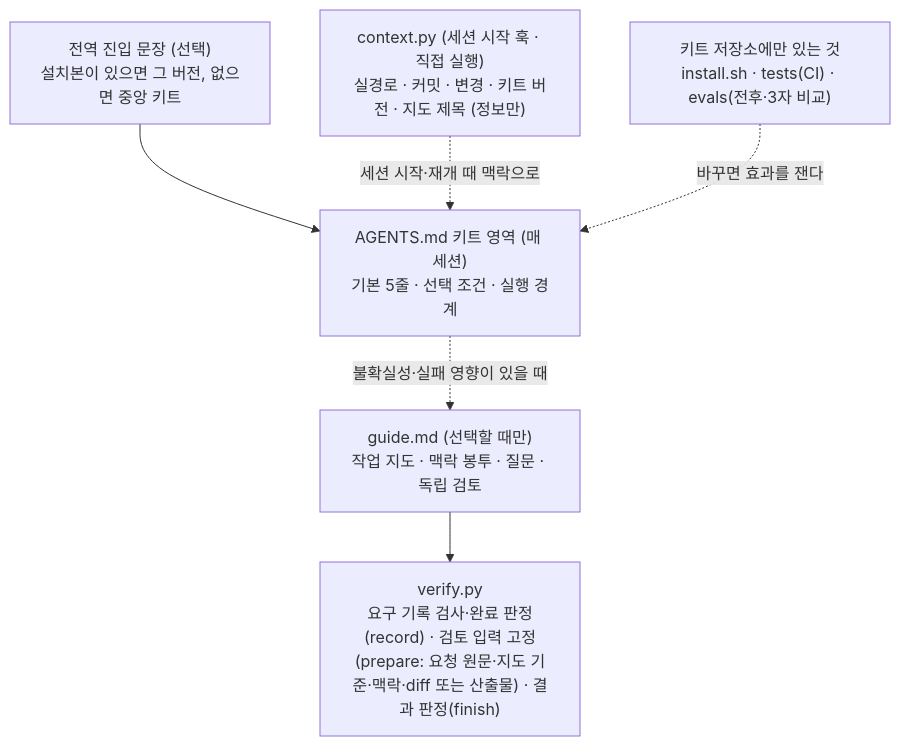
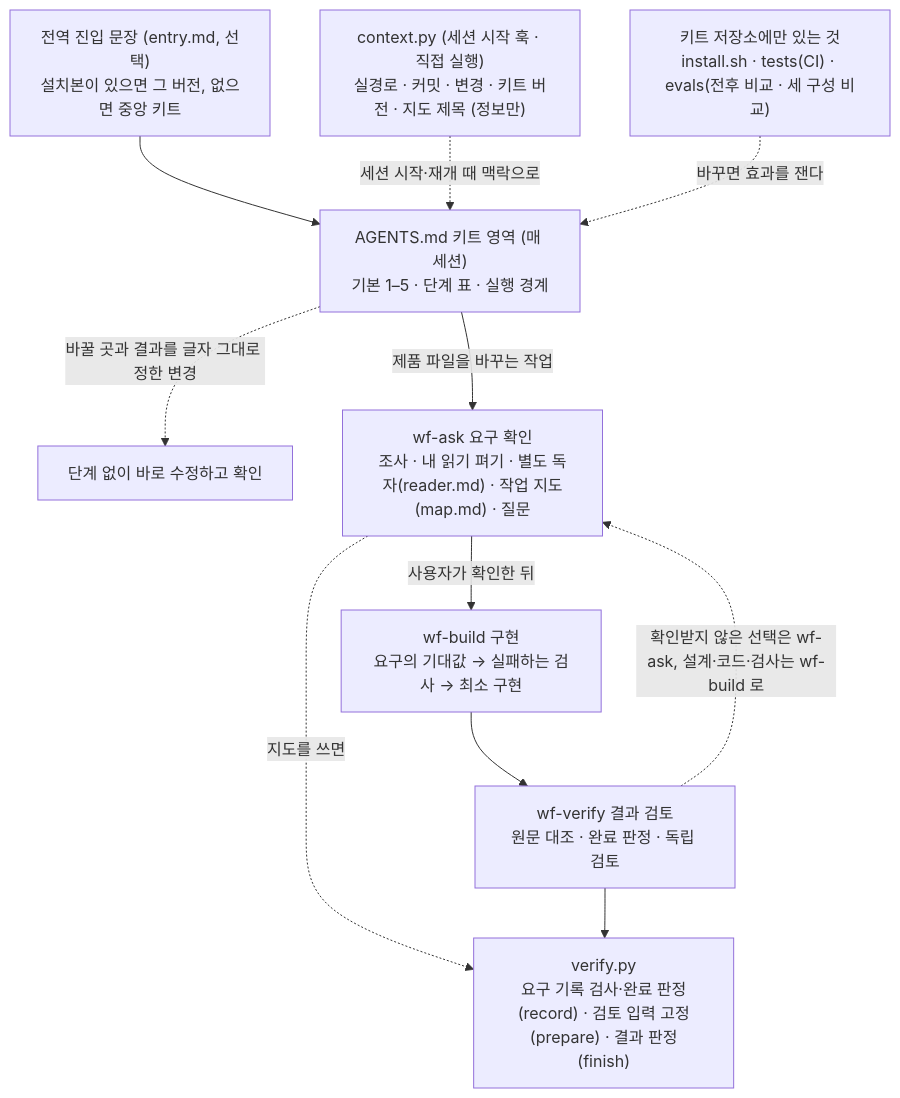
One commit to taehyung-lab/agent-workflow-kit changed the first of 2 diagrams in README.md. Above: the diagram before and after it, drawn with Mermaid. The commit also changed other lines of this file and 172 other files, not shown here.

First line of the commit message:
v3.7.0: 단계 호출(wf-ask·wf-build·wf-verify)과 별도 독자, 평가·문서 정리 (#44)

````diff
--- a/README.md
+++ b/README.md
@@ -29,14 +29,21 @@
 ```mermaid
 flowchart TD
-  E["전역 진입 문장 (선택)<br/>설치본이 있으면 그 버전, 없으면 중앙 키트"]
-  A["AGENTS.md 키트 영역 (매 세션)<br/>기본 5줄 · 선택 조건 · 실행 경계"]
-  G["guide.md (선택할 때만)<br/>작업 지도 · 맥락 봉투 · 질문 · 독립 검토"]
+  E["전역 진입 문장 (entry.md, 선택)<br/>설치본이 있으면 그 버전, 없으면 중앙 키트"]
+  A["AGENTS.md 키트 영역 (매 세션)<br/>기본 1–5 · 단계 표 · 실행 경계"]
+  D["단계 없이 바로 수정하고 확인"]
+  Q["wf-ask 요구 확인<br/>조사 · 내 읽기 펴기 · 별도 독자(reader.md) · 작업 지도(map.md) · 질문"]
+  B["wf-build 구현<br/>요구의 기대값 → 실패하는 검사 → 최소 구현"]
+  W["wf-verify 결과 검토<br/>원문 대조 · 완료 판정 · 독립 검토"]
   C["context.py (세션 시작 훅 · 직접 실행)<br/>실경로 · 커밋 · 변경 · 키트 버전 · 지도 제목 (정보만)"]
-  V["verify.py<br/>요구 기록 검사·완료 판정(record) · 검토 입력 고정(prepare: 요청 원문·지도 기준·맥락·diff 또는 산출물) · 결과 판정(finish)"]
-  R["키트 저장소에만 있는 것<br/>install.sh · tests(CI) · evals(전후·3자 비교)"]
+  V["verify.py<br/>요구 기록 검사·완료 판정(record) · 검토 입력 고정(prepare) · 결과 판정(finish)"]
+  R["키트 저장소에만 있는 것<br/>install.sh · tests(CI) · evals(전후 비교 · 세 구성 비교)"]
   E --> A
-  A -.->|불확실성·실패 영향이 있을 때| G
+  A -->|제품 파일을 바꾸는 작업| Q
+  A -.->|바꿀 곳과 결과를 글자 그대로 정한 변경| D
+  Q -->|사용자가 확인한 뒤| B --> W
+  W -.->|확인받지 않은 선택은 wf-ask, 설계·코드·검사는 wf-build 로| Q
   C -.->|세션 시작·재개 때 맥락으로| A
-  G --> V
+  Q -.->|지도를 쓰면| V
+  W --> V
   R -.->|바꾸면 효과를 잰다| A
 ```
````
